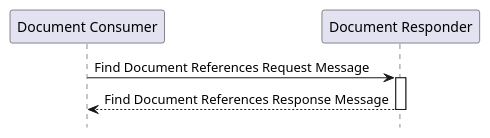
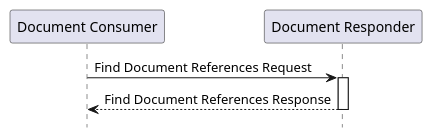
One commit to ohr/minimal-mistakes changed the diagram in _src/iti67.plantuml. Above: the diagram before and after it, drawn with PlantUML. The commit also changed 61 other files, not shown here.

```diff
--- a/_src/iti67.plantuml
+++ b/_src/iti67.plantuml
@@ -1,13 +1,13 @@
 @startuml
 hide footbox
 
 participant "Document Consumer" as C
 participant "Document Responder" as R
 
-C -> R : Find Document References Request Message
+C -> R : Find Document References Request
 activate R
-R --> C : Find Document References Response Message
+R --> C : Find Document References Response
 deactivate R
 
 
 @enduml
```
